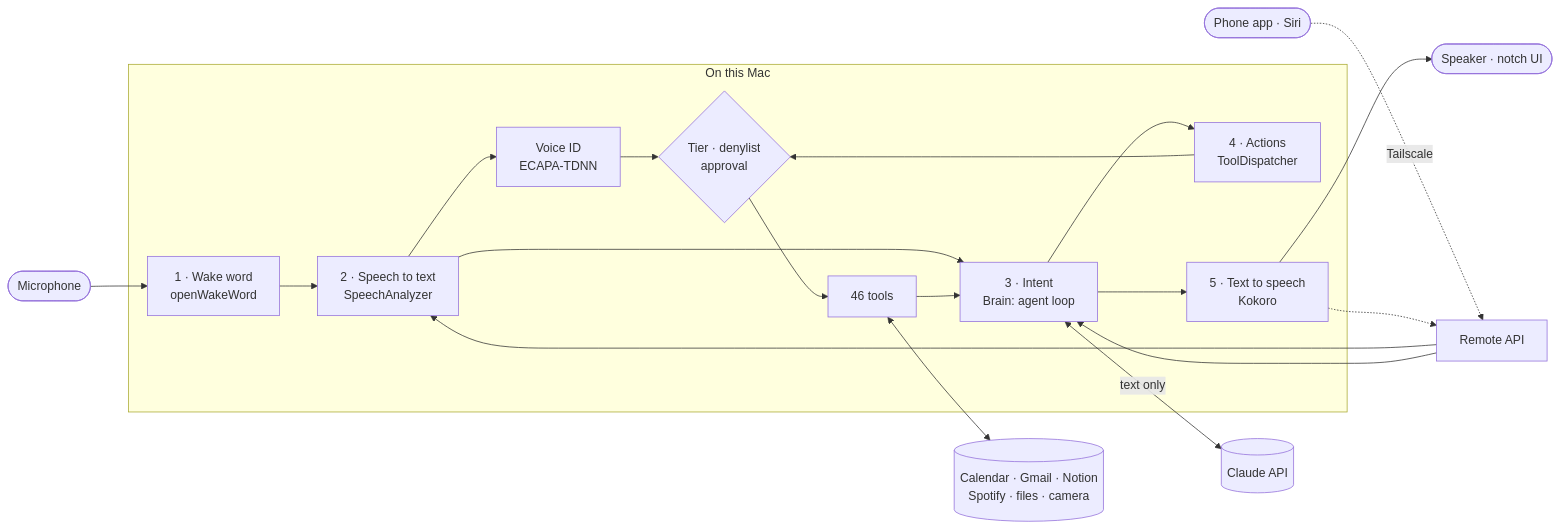
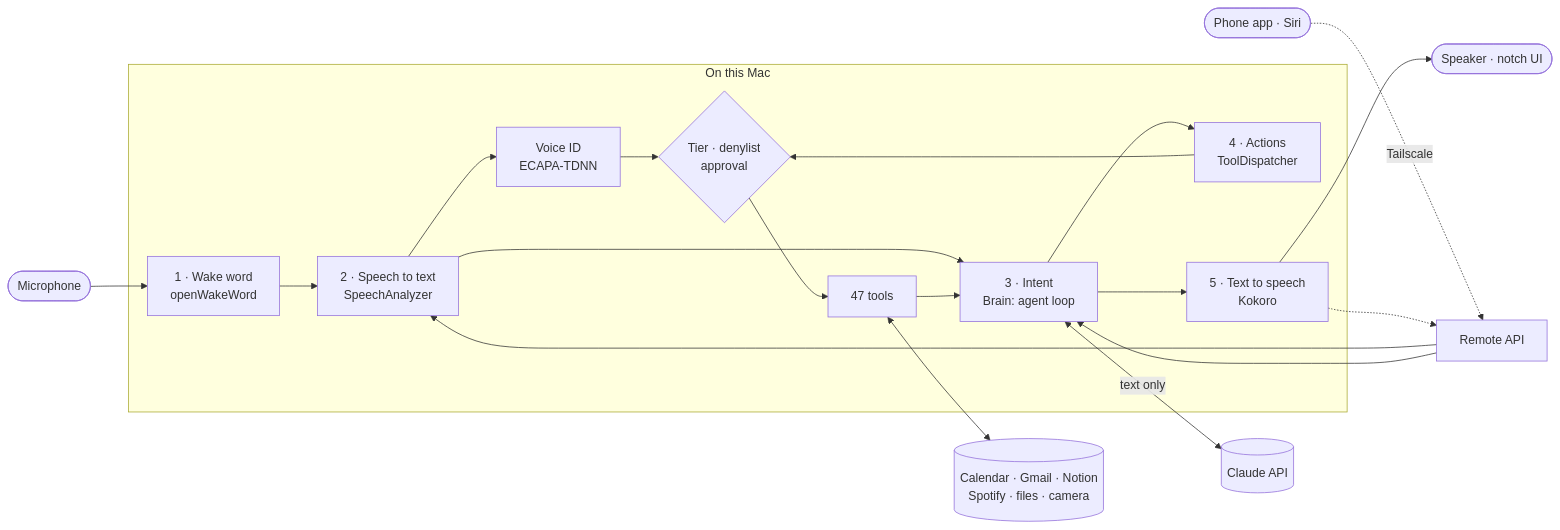
Before and after one commit to samarthpaliwal/Jarvis: the diagram in README.md, drawn with Mermaid. The commit also changed other lines of this file and 12 other files, not shown here.

````diff
--- a/README.md
+++ b/README.md
@@ -37,24 +37,24 @@
 ```mermaid
 flowchart LR
     mic(["Microphone"]) --> wake
     phone(["Phone app · Siri"]) -. Tailscale .-> api["Remote API"]
     api --> stt
     api --> intent
 
     subgraph mac ["On this Mac"]
         wake["1 · Wake word<br/>openWakeWord"] --> stt["2 · Speech to text<br/>SpeechAnalyzer"]
         stt --> voiceid["Voice ID<br/>ECAPA-TDNN"]
         stt --> intent["3 · Intent<br/>Brain: agent loop"]
         intent --> actions["4 · Actions<br/>ToolDispatcher"]
         actions --> guard{"Tier · denylist<br/>approval"}
         voiceid --> guard
-        guard --> tools["46 tools"]
+        guard --> tools["47 tools"]
         tools --> intent
         intent --> tts["5 · Text to speech<br/>Kokoro"]
     end
 
     intent <-->|"text only"| claude[("Claude API")]
     tools <--> services[("Calendar · Gmail · Notion<br/>Spotify · files · camera")]
     tts --> speaker(["Speaker · notch UI"])
     tts -.-> api
 ```
````
